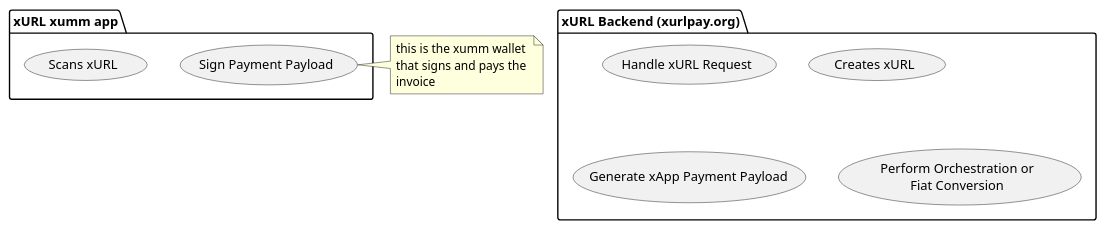
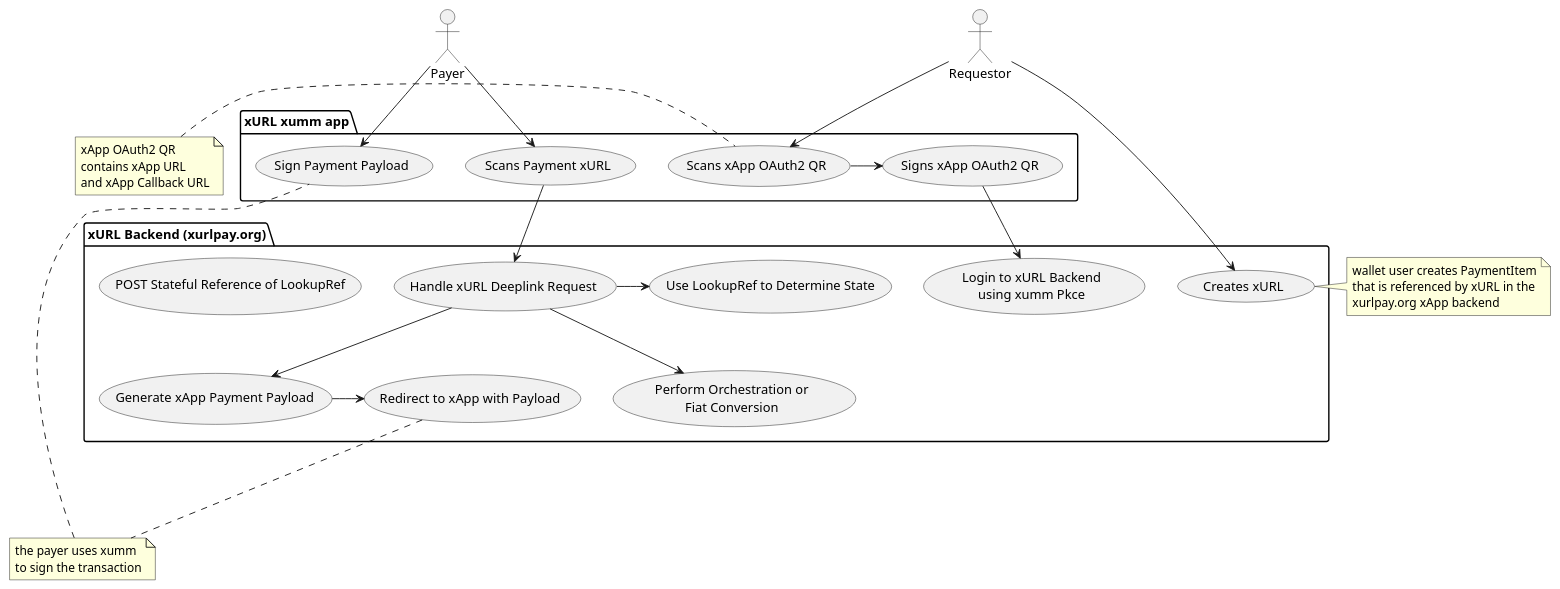
Before and after one commit to claytantor/xrpl-poc-python: the diagram in docs/xurl-use.puml, drawn with PlantUML. The commit also changed 2 other files, not shown here.

```diff
--- a/docs/xurl-use.puml
+++ b/docs/xurl-use.puml
@@ -1,39 +1,60 @@
 @startuml xurl_usecase
 
 skinparam usecase {
     BackgroundColor<< xInvoice >> #ffabb0
 }
 
 package "xURL xumm app" {
-    (Scans xURL)
-    (Sign Payment Payload) as (SignPayment)
+    (Scans xApp OAuth2 QR) as xAppLogin
+    (Signs xApp OAuth2 QR) as xAppSign 
+    (Scans Payment xURL) as xAppxURLScan
+    (Sign Payment Payload) as xAppSignPayment
 }
-note right
-this is the xumm wallet 
-that signs and pays the 
-invoice
+note left of xAppLogin
+    xApp OAuth2 QR
+    contains xApp URL
+    and xApp Callback URL
 end note
 
 package "xURL Backend (xurlpay.org)" {
-    (Handle xURL Request)
-    (Creates xURL)
-    (Generate xApp Payment Payload) as (GeneratePayload)
-    (Perform Orchestration or\nFiat Conversion) as (Orchestrate)
+    (Login to xURL Backend\nusing xumm Pkce) as xuLoginBackend
+    (Handle xURL Deeplink Request) as xuHandleDeeplink
+    (Creates xURL) as xuCreateXurl
+    (Generate xApp Payment Payload) as xuGeneratePayload
+    (Perform Orchestration or\nFiat Conversion) as xuOrchestrate
+    (Use LookupRef to Determine State) as xLookupRef
+    (POST Stateful Reference of LookupRef) as (PostxURL)
+    (Redirect to xApp with Payload) as xuRedirect
 }
 
-' Requestor-->(Creates xURL)
-' (Creates xURL)-->(POST Stateful Reference)
 
-' Payer-->(Scans xURL)
-' (Scans xURL)-->(GET Stateful Reference)
-' (GET Stateful Reference)-->(Orchestrate)
-' (GET Stateful Reference)-->(GenerateInvoice)
+'oath login
+Requestor --> xAppLogin
+xAppLogin -> xAppSign
+xAppSign --> xuLoginBackend
 
-' Payer-->(PayInvoice)
-' (PayInvoice)-->(GET Callback)
+' create xurl
+Requestor-->xuCreateXurl
+note right of xuCreateXurl
+    wallet user creates PaymentItem
+    that is referenced by xURL in the
+    xurlpay.org xApp backend
+end note
 
-' note "these are the same use\ncase as xInvoice " as N2
-' (GenerateInvoice) .. N2
-' N2 .. (PayInvoice)
+'pay xurl
+Payer --> xAppxURLScan
+Payer --> xAppSignPayment
+xAppxURLScan-->xuHandleDeeplink
+xuHandleDeeplink->xLookupRef
+xuHandleDeeplink-->xuOrchestrate
+xuHandleDeeplink-->xuGeneratePayload
+
+xuGeneratePayload->xuRedirect
+
+note "the payer uses xumm\nto sign the transaction" as N2
+xuRedirect ... N2
+N2 ... xAppSignPayment
+
+
 
 @enduml
```
